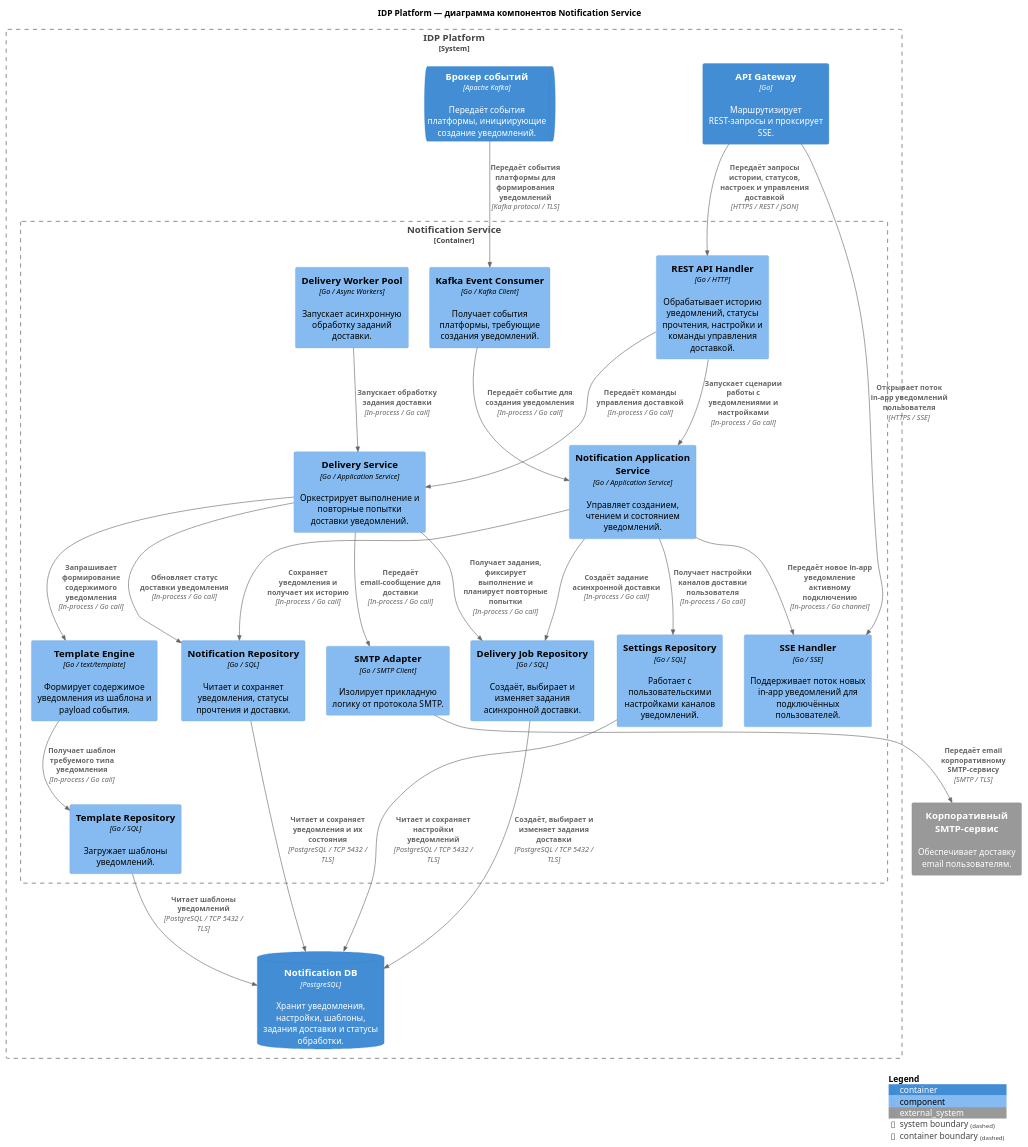
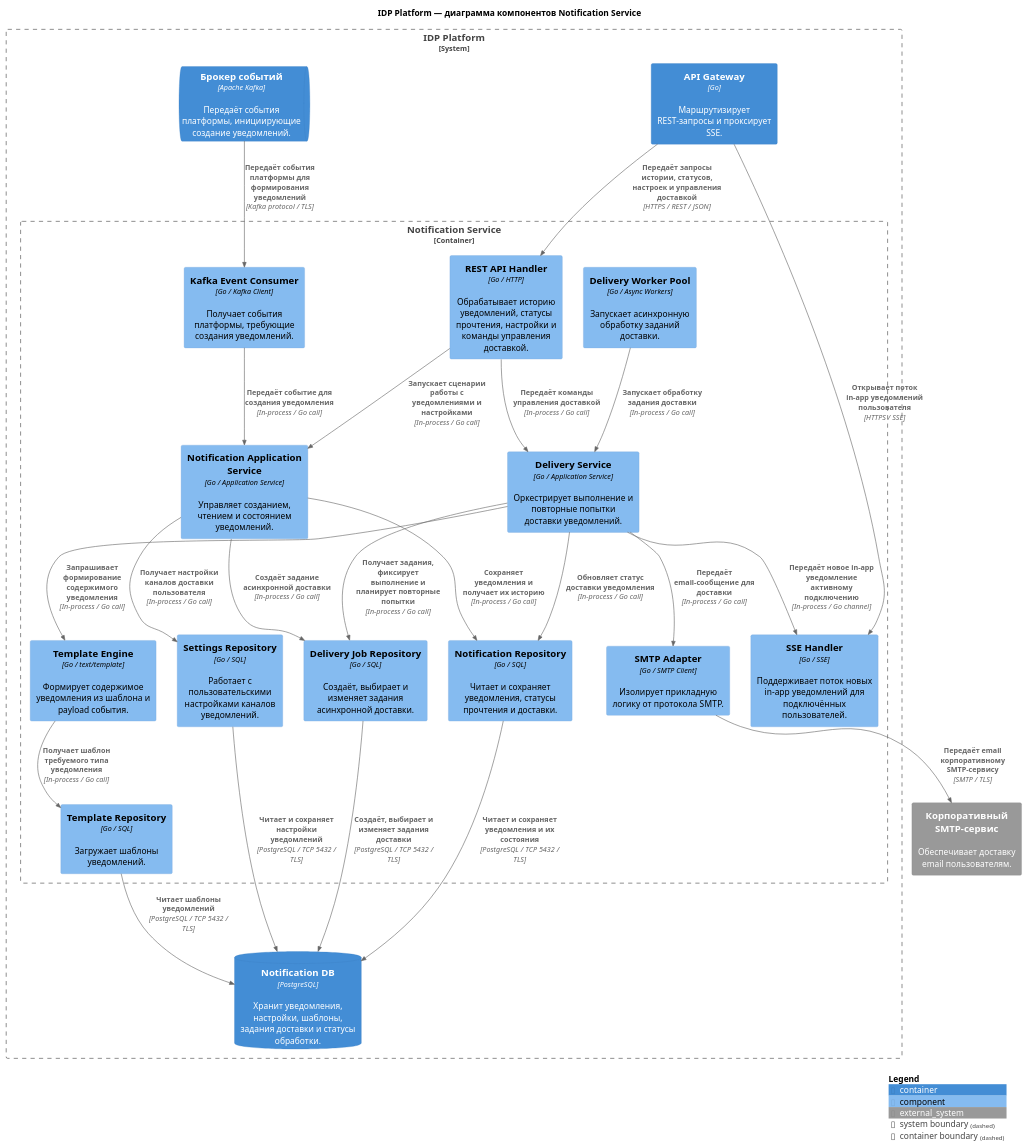
Before and after one commit to plafon05/IDPPlatformC4Model: the diagram in componentsL3/notificationService_L3.puml, drawn with PlantUML. The commit also changed other lines of this file, not shown here.

Commit message:
Обновлена L3 диаграмма Notification Service

```diff
--- a/componentsL3/notificationService_L3.puml
+++ b/componentsL3/notificationService_L3.puml
@@ -2,96 +1,92 @@
 @startuml IDP_Platform_Notification_Service_L3
 
 '!ENABLE_ALL_PLANT_ELEMENTS = 1
 !include <C4/C4_Component>
 
 title IDP Platform — диаграмма компонентов Notification Service
 
 LAYOUT_TOP_DOWN()
 
 System_Boundary(idpPlatform, "IDP Platform") {
 
     Container(gateway, "API Gateway", "Go", "Маршрутизирует REST-запросы и проксирует SSE.")
 
     ContainerQueue(eventStreams, "Брокер событий", "Apache Kafka", "Передаёт события платформы, инициирующие создание уведомлений.")
 
     ContainerDb(notificationDb, "Notification DB", "PostgreSQL", "Хранит уведомления, настройки, шаблоны, задания доставки и статусы обработки.")
 
     Container_Boundary(notificationService, "Notification Service") {
 
         Component(restHandler, "REST API Handler", "Go / HTTP", "Обрабатывает историю уведомлений, статусы прочтения, настройки и команды управления доставкой.")
 
         Component(eventConsumer, "Kafka Event Consumer", "Go / Kafka Client", "Получает события платформы, требующие создания уведомлений.")
 
         Component(sseHandler, "SSE Handler", "Go / SSE", "Поддерживает поток новых in-app уведомлений для подключённых пользователей.")
 
         Component(workerPool, "Delivery Worker Pool", "Go / Async Workers", "Запускает асинхронную обработку заданий доставки.")
 
-
         Component(notificationServiceApp, "Notification Application Service", "Go / Application Service", "Управляет созданием, чтением и состоянием уведомлений.")
 
         Component(deliveryService, "Delivery Service", "Go / Application Service", "Оркестрирует выполнение и повторные попытки доставки уведомлений.")
 
         Component(templateEngine, "Template Engine", "Go / text/template", "Формирует содержимое уведомления из шаблона и payload события.")
-
 
         Component(notificationRepo, "Notification Repository", "Go / SQL", "Читает и сохраняет уведомления, статусы прочтения и доставки.")
 
         Component(settingsRepo, "Settings Repository", "Go / SQL", "Работает с пользовательскими настройками каналов уведомлений.")
 
         Component(templateRepo, "Template Repository", "Go / SQL", "Загружает шаблоны уведомлений.")
 
         Component(jobRepo, "Delivery Job Repository", "Go / SQL", "Создаёт, выбирает и изменяет задания асинхронной доставки.")
-
 
         Component(smtpAdapter, "SMTP Adapter", "Go / SMTP Client", "Изолирует прикладную логику от протокола SMTP.")
     }
 }
 
 System_Ext(smtp, "Корпоративный SMTP-сервис", "Обеспечивает доставку email пользователям.")
 
 Rel(gateway, restHandler, "Передаёт запросы истории, статусов, настроек и управления доставкой", "HTTPS / REST / JSON")
 
 Rel(gateway, sseHandler, "Открывает поток in-app уведомлений пользователя", "HTTPS / SSE")
 
 Rel(eventStreams, eventConsumer, "Передаёт события платформы для формирования уведомлений", "Kafka protocol / TLS")
 
 Rel(restHandler, notificationServiceApp, "Запускает сценарии работы с уведомлениями и настройками", "In-process / Go call")
 
 Rel(restHandler, deliveryService, "Передаёт команды управления доставкой", "In-process / Go call")
 
 Rel(eventConsumer, notificationServiceApp, "Передаёт событие для создания уведомления", "In-process / Go call")
 
 Rel(workerPool, deliveryService, "Запускает обработку задания доставки", "In-process / Go call")
 
 Rel(notificationServiceApp, notificationRepo, "Сохраняет уведомления и получает их историю", "In-process / Go call")
 
 Rel(notificationServiceApp, settingsRepo, "Получает настройки каналов доставки пользователя", "In-process / Go call")
 
 Rel(notificationServiceApp, jobRepo, "Создаёт задание асинхронной доставки", "In-process / Go call")
 
-Rel(notificationServiceApp, sseHandler, "Передаёт новое in-app уведомление активному подключению", "In-process / Go channel")
-
 Rel(deliveryService, jobRepo, "Получает задания, фиксирует выполнение и планирует повторные попытки", "In-process / Go call")
 
 Rel(deliveryService, templateEngine, "Запрашивает формирование содержимого уведомления", "In-process / Go call")
+
+Rel(deliveryService, sseHandler, "Передаёт новое in-app уведомление активному подключению", "In-process / Go channel")
 
 Rel(deliveryService, smtpAdapter, "Передаёт email-сообщение для доставки", "In-process / Go call")
 
 Rel(deliveryService, notificationRepo, "Обновляет статус доставки уведомления", "In-process / Go call")
 
 Rel(templateEngine, templateRepo, "Получает шаблон требуемого типа уведомления", "In-process / Go call")
 
 Rel(smtpAdapter, smtp, "Передаёт email корпоративному SMTP-сервису", "SMTP / TLS")
 
 Rel(notificationRepo, notificationDb, "Читает и сохраняет уведомления и их состояния", "PostgreSQL / TCP 5432 / TLS")
 
 Rel(settingsRepo, notificationDb, "Читает и сохраняет настройки уведомлений", "PostgreSQL / TCP 5432 / TLS")
 
 Rel(templateRepo, notificationDb, "Читает шаблоны уведомлений", "PostgreSQL / TCP 5432 / TLS")
 
 Rel(jobRepo, notificationDb, "Создаёт, выбирает и изменяет задания доставки", "PostgreSQL / TCP 5432 / TLS")
 
-
 SHOW_LEGEND()
 
 @enduml
```
